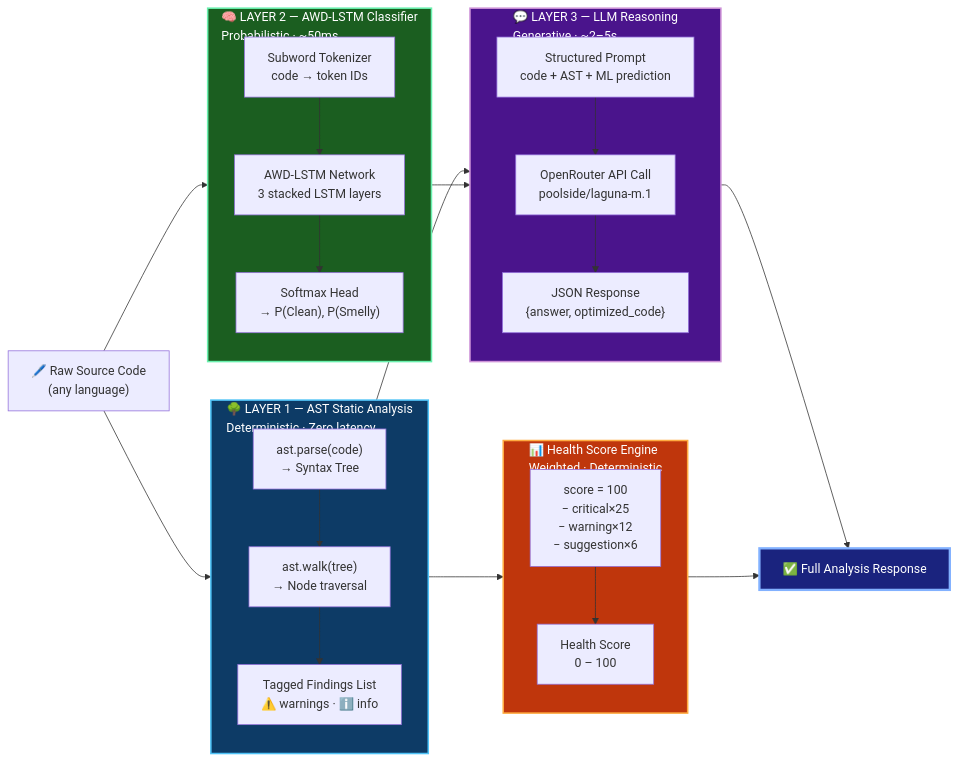
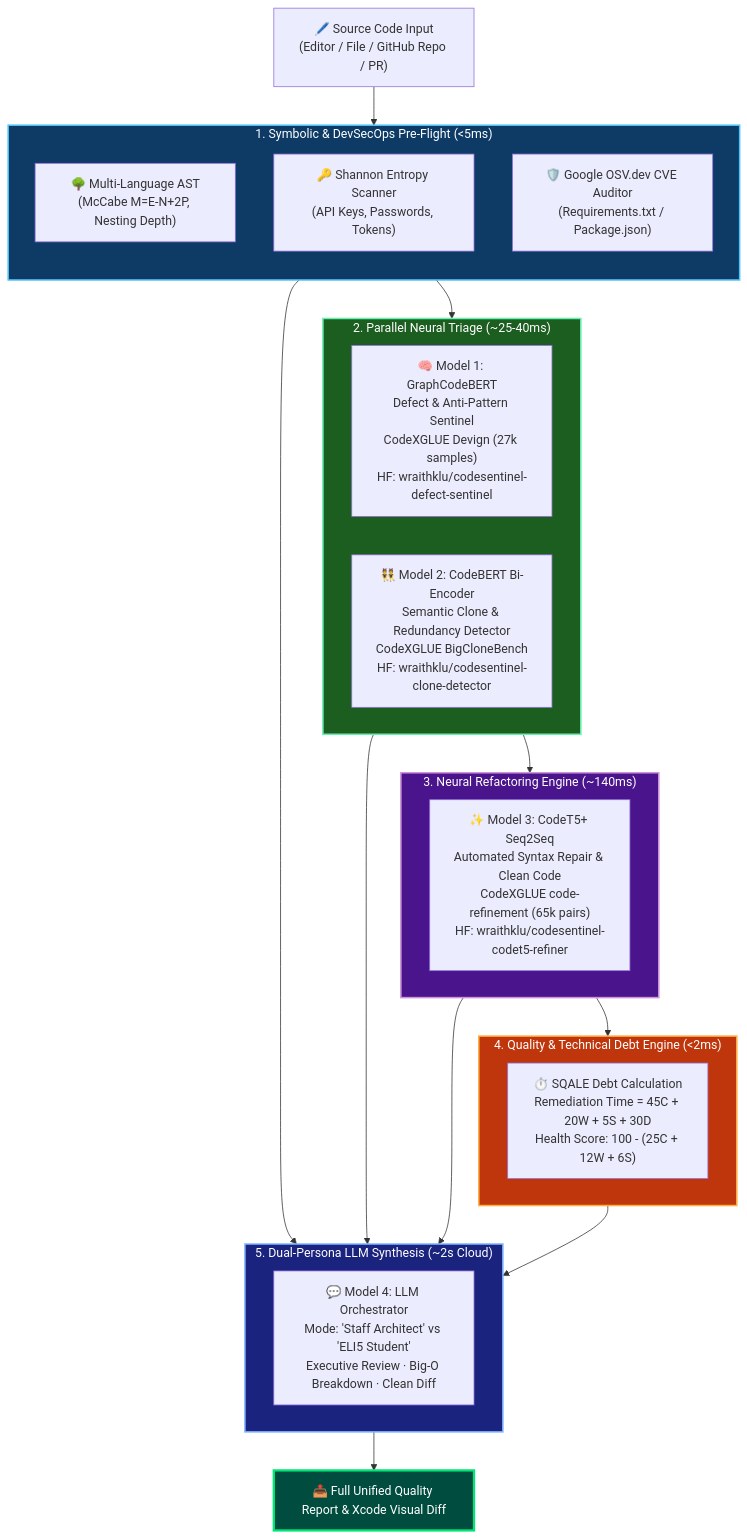
One commit to wraith-klu/RigelAI changed the first of 4 diagrams in README.md. Above: the diagram before and after it, drawn with Mermaid. The commit also changed other lines of this file and 7 other files, not shown here.

Commit message:
Docs: comprehensive README overhaul with ML pipeline deep-dive, SOTA benchmark analysis, Colab training graphics, and MoS diagrams

````diff
--- a/README.md
+++ b/README.md
@@ -112,45 +54,43 @@
 ```mermaid
-flowchart LR
-    INPUT["🖊️ Raw Source Code\n(any language)"]
+flowchart TD
+    INPUT["🖊️ Source Code Input\n(Editor / File / GitHub Repo / PR)"]
 
-    subgraph L1["🌳 LAYER 1 — AST Static Analysis\nDeterministic · Zero latency"]
-        AST_PARSE["ast.parse(code)\n→ Syntax Tree"]
-        AST_WALK["ast.walk(tree)\n→ Node traversal"]
-        AST_OUT["Tagged Findings List\n⚠️ warnings · ℹ️ info"]
-        AST_PARSE --> AST_WALK --> AST_OUT
+    subgraph PREFLIGHT["1. Symbolic & DevSecOps Pre-Flight (<5ms)"]
+        direction TB
+        AST["🌳 Multi-Language AST\n(McCabe M=E-N+2P, Nesting Depth)"]
+        SEC["🔑 Shannon Entropy Scanner\n(API Keys, Passwords, Tokens)"]
+        CVE["🛡️ Google OSV.dev CVE Auditor\n(Requirements.txt / Package.json)"]
     end
 
-    subgraph L2["🧠 LAYER 2 — AWD-LSTM Classifier\nProbabilistic · ~50ms"]
-        ML_TOK["Subword Tokenizer\ncode → token IDs"]
-        ML_LSTM["AWD-LSTM Network\n3 stacked LSTM layers"]
-        ML_SOFT["Softmax Head\n→ P(Clean), P(Smelly)"]
-        ML_TOK --> ML_LSTM --> ML_SOFT
+    subgraph TRIAGE["2. Parallel Neural Triage (~25-40ms)"]
+        direction LR
+        M1["🧠 Model 1: GraphCodeBERT\nDefect & Anti-Pattern Sentinel\nCodeXGLUE Devign (27k samples)\nHF: wraithklu/codesentinel-defect-sentinel"]
+        M2["👯 Model 2: CodeBERT Bi-Encoder\nSemantic Clone & Redundancy Detector\nCodeXGLUE BigCloneBench\nHF: wraithklu/codesentinel-clone-detector"]
     end
 
-    subgraph L3["💬 LAYER 3 — LLM Reasoning\nGenerative · ~2–5s"]
-        LLM_PROMPT["Structured Prompt\ncode + AST + ML prediction"]
-        LLM_CALL["OpenRouter API Call\npoolside/laguna-m.1"]
-        LLM_JSON["JSON Response\n{answer, optimized_code}"]
-        LLM_PROMPT --> LLM_CALL --> LLM_JSON
+    subgraph GENERATION["3. Neural Refactoring Engine (~140ms)"]
+        M3["✨ Model 3: CodeT5+ Seq2Seq\nAutomated Syntax Repair & Clean Code\nCodeXGLUE code-refinement (65k pairs)\nHF: wraithklu/codesentinel-codet5-refiner"]
     end
 
-    subgraph SCORE["📊 Health Score Engine\nWeighted · Deterministic"]
-        SCORE_CALC["score = 100\n− critical×25\n− warning×12\n− suggestion×6"]
-        SCORE_OUT["Health Score\n0 – 100"]
-        SCORE_CALC --> SCORE_OUT
+    subgraph METRICS["4. Quality & Technical Debt Engine (<2ms)"]
+        SQALE["⏱️ SQALE Debt Calculation\nRemediation Time = 45C + 20W + 5S + 30D\nHealth Score: 100 - (25C + 12W + 6S)"]
     end
 
-    INPUT --> L1
-    INPUT --> L2
-    L1 --> L3
-    L2 --> L3
-    L1 --> SCORE
-    L3 --> FINAL["✅ Full Analysis Response"]
-    SCORE --> FINAL
+    subgraph ORCHESTRATION["5. Dual-Persona LLM Synthesis (~2s Cloud)"]
+        M4["💬 Model 4: LLM Orchestrator\nMode: 'Staff Architect' vs 'ELI5 Student'\nExecutive Review · Big-O Breakdown · Clean Diff"]
+    end
 
-    style L1 fill:#0d3b66,color:#fff,stroke:#4fc3f7,stroke-width:2px
-    style L2 fill:#1b5e20,color:#fff,stroke:#69f0ae,stroke-width:2px
-    style L3 fill:#4a148c,color:#fff,stroke:#ce93d8,stroke-width:2px
-    style SCORE fill:#bf360c,color:#fff,stroke:#ffab40,stroke-width:2px
-    style FINAL fill:#1a237e,color:#fff,stroke:#82b1ff,stroke-width:3px
+    INPUT --> PREFLIGHT
+    PREFLIGHT --> TRIAGE
+    TRIAGE --> GENERATION
+    GENERATION --> METRICS
+    PREFLIGHT & TRIAGE & GENERATION & METRICS --> ORCHESTRATION
+    ORCHESTRATION --> RESPONSE["📤 Full Unified Quality Report & Xcode Visual Diff"]
+
+    style PREFLIGHT fill:#0d3b66,color:#fff,stroke:#4fc3f7,stroke-width:2px
+    style TRIAGE fill:#1b5e20,color:#fff,stroke:#69f0ae,stroke-width:2px
+    style GENERATION fill:#4a148c,color:#fff,stroke:#ce93d8,stroke-width:2px
+    style METRICS fill:#bf360c,color:#fff,stroke:#ffab40,stroke-width:2px
+    style ORCHESTRATION fill:#1a237e,color:#fff,stroke:#82b1ff,stroke-width:2px
+    style RESPONSE fill:#004d40,color:#fff,stroke:#00e676,stroke-width:3px
 ```
````
